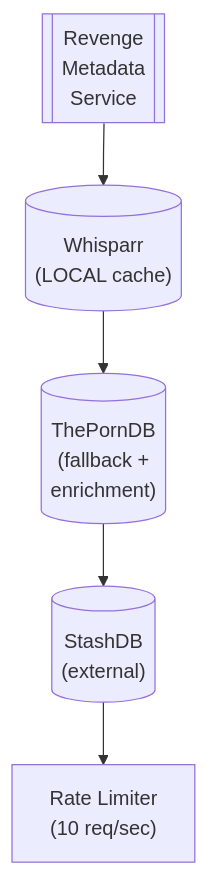
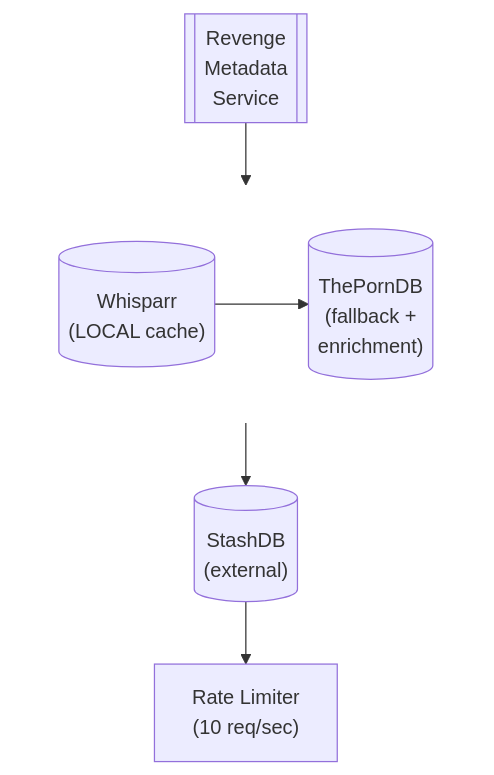
One commit to lusoris/revenge changed the diagram in docs/dev/design/integrations/metadata/adult/THEPORNDB.md. Above: the diagram before and after it, drawn with Mermaid. The commit also changed 210 other files, not shown here.

First line of the commit message:
feat(docs): Add horizontal layout support for Mermaid diagrams

````diff
--- a/docs/dev/design/integrations/metadata/adult/THEPORNDB.md
+++ b/docs/dev/design/integrations/metadata/adult/THEPORNDB.md
@@ -61,12 +61,18 @@
 ```mermaid
 flowchart TD
     node1[["Revenge<br/>Metadata<br/>Service"]]
-    node2[("Whisparr<br/>(LOCAL cache)")]
-    node3[("ThePornDB<br/>(fallback +<br/>enrichment)")]
+    subgraph row1[ ]
+        direction LR
+        node2[("Whisparr<br/>(LOCAL cache)")]
+        node3[("ThePornDB<br/>(fallback +<br/>enrichment)")]
+    end
     node4[("StashDB<br/>(external)")]
     node5["Rate Limiter<br/>(10 req/sec)"]
     node2 --> node3
     node1 --> node2
     node3 --> node4
     node4 --> node5
+
+    %% Hide row subgraph borders
+    style row1 fill:transparent,stroke:transparent
 ```
````
